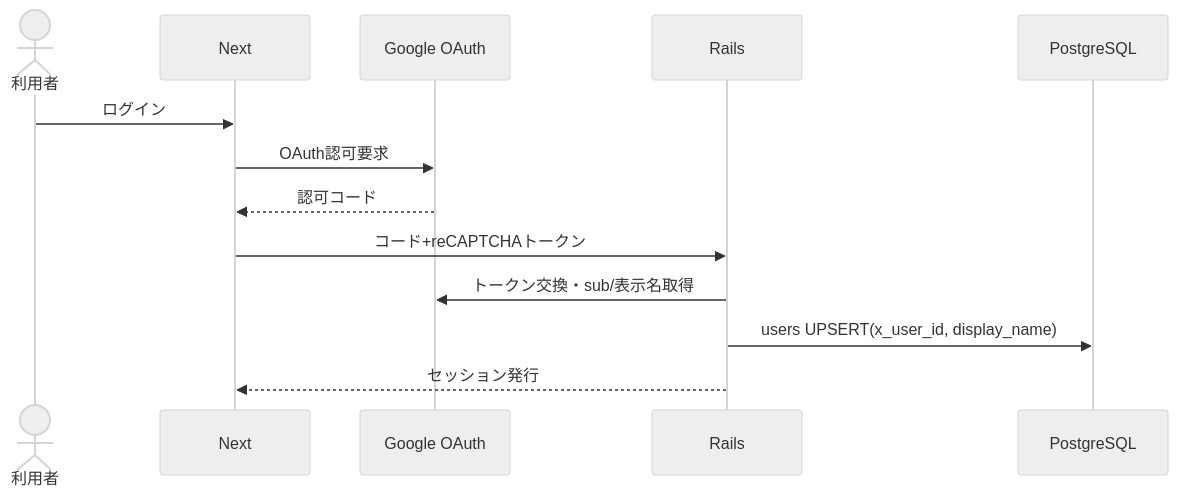
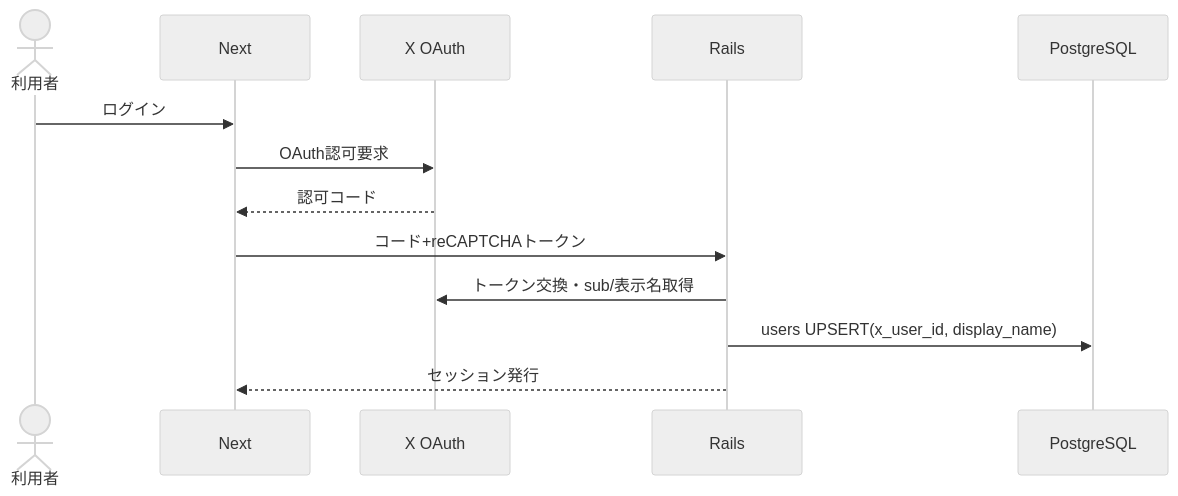
One commit to rictaworks/questboard changed the fifth of 10 diagrams in questboard_design_document.md. Above: the diagram before and after it, drawn with Mermaid (neutral theme). The commit also changed other lines of this file and 17 other files, not shown here.

````diff
--- a/questboard_design_document.md
+++ b/questboard_design_document.md
@@ -346,16 +346,16 @@
 ```mermaid
 sequenceDiagram
     actor U as 利用者
     participant FE as Next
-    participant G as Google OAuth
+    participant G as X OAuth
     participant API as Rails
     participant DB as PostgreSQL
 
     U->>FE: ログイン
     FE->>G: OAuth認可要求
     G-->>FE: 認可コード
     FE->>API: コード+reCAPTCHAトークン
     API->>G: トークン交換・sub/表示名取得
     API->>DB: users UPSERT(x_user_id, display_name)
     API-->>FE: セッション発行
 ```
````
